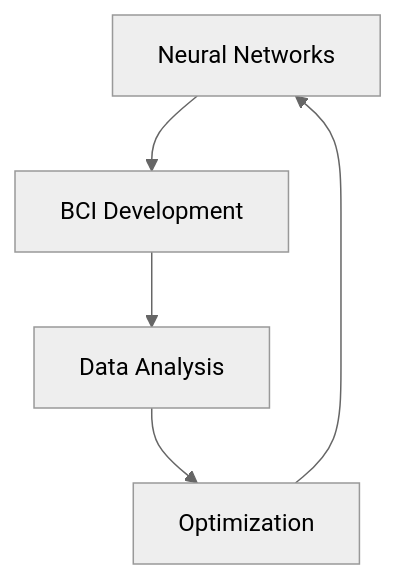
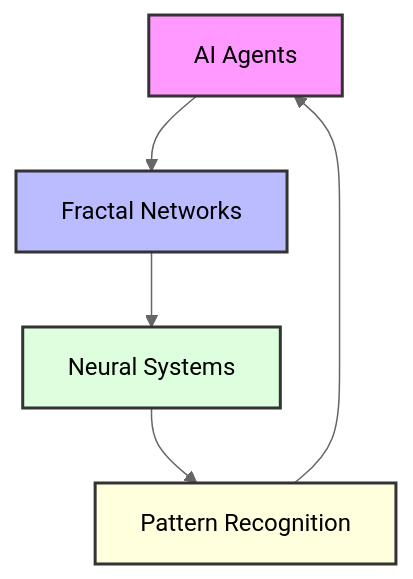
The second of 6 diagrams in README.md (sapienskid/sapienskid), drawn with Mermaid (neutral theme) before and after one commit. The commit also changed other lines of this file, not shown here.

````diff
--- a/README.md
+++ b/README.md
@@ -74,7 +60,11 @@
 ```mermaid
 graph TD
-    A[Neural Networks] --> B[BCI Development]
-    B --> C[Data Analysis]
-    C --> D[Optimization]
+    A[AI Agents] --> B[Fractal Networks]
+    B --> C[Neural Systems]
+    C --> D[Pattern Recognition]
     D --> A
+    style A fill:#f9f,stroke:#333,stroke-width:2px
+    style B fill:#bbf,stroke:#333,stroke-width:2px
+    style C fill:#dfd,stroke:#333,stroke-width:2px
+    style D fill:#ffd,stroke:#333,stroke-width:2px
 ```
````
